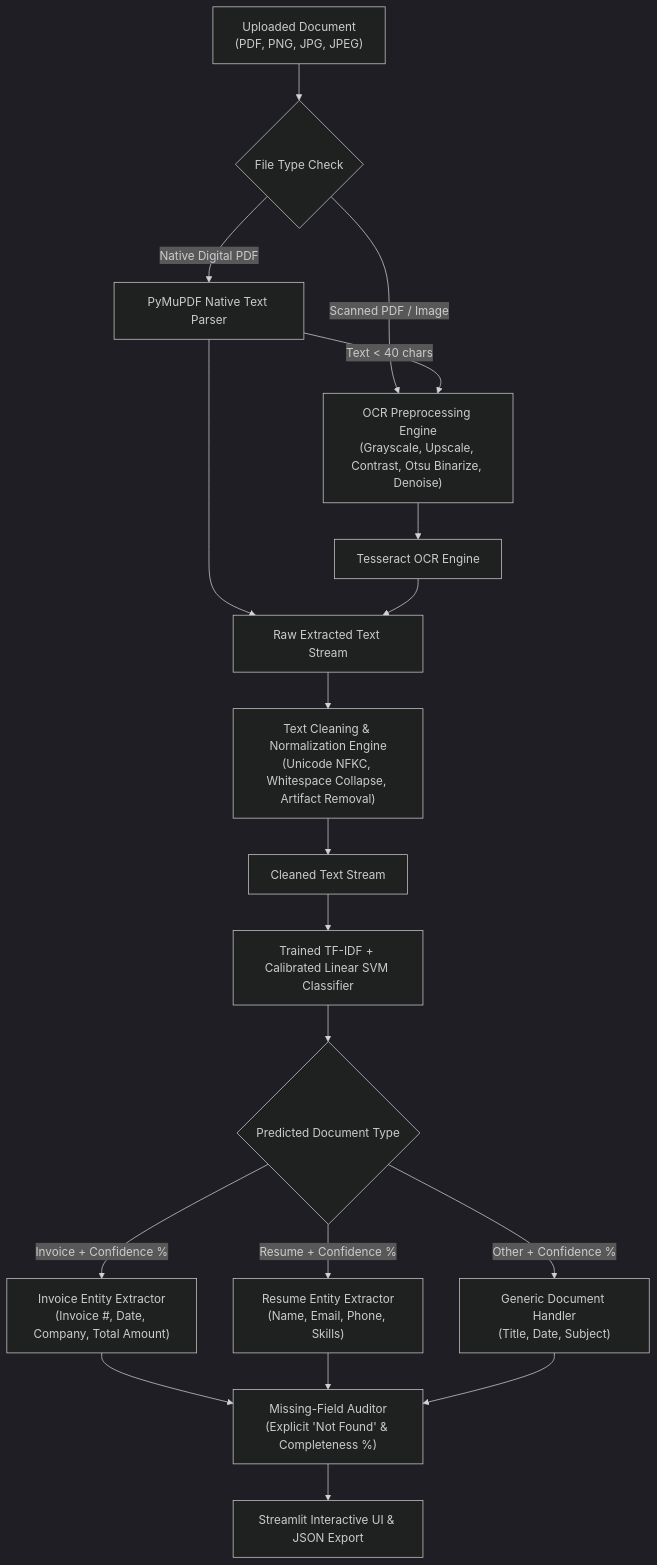
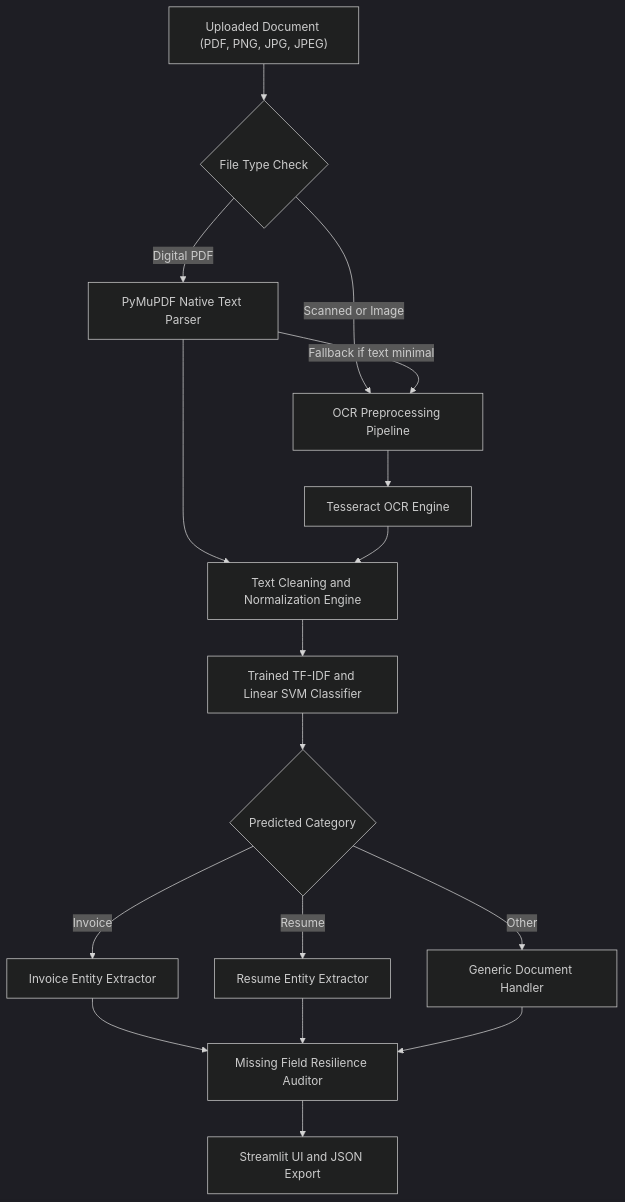
The diagram in week-3/README.md (sohaib61595/zyro-aiml-internship), drawn with Mermaid (dark theme) before and after one commit. The commit also changed 1 other file, not shown here.

Commit message:
fix(docs): resolve GitHub Mermaid diagram rendering error by removing problematic characters and overlapping edges

````diff
--- a/week-3/README.md
+++ b/week-3/README.md
@@ -25,21 +25,19 @@
 ```mermaid
 flowchart TD
-    A["Uploaded Document<br/>(PDF, PNG, JPG, JPEG)"] --> B{"File Type Check"}
-    B -->|Native Digital PDF| C["PyMuPDF Native Text Parser"]
-    B -->|Scanned PDF / Image| D["OCR Preprocessing Engine<br/>(Grayscale, Upscale, Contrast, Otsu Binarize, Denoise)"]
-    C -->|Text < 40 chars| D
+    A["Uploaded Document (PDF, PNG, JPG, JPEG)"] --> B{"File Type Check"}
+    B -->|Digital PDF| C["PyMuPDF Native Text Parser"]
+    B -->|Scanned or Image| D["OCR Preprocessing Pipeline"]
+    C -->|Fallback if text minimal| D
     D --> E["Tesseract OCR Engine"]
-    C --> F["Raw Extracted Text Stream"]
+    C --> F["Text Cleaning and Normalization Engine"]
     E --> F
-    F --> G["Text Cleaning & Normalization Engine<br/>(Unicode NFKC, Whitespace Collapse, Artifact Removal)"]
-    G --> H["Cleaned Text Stream"]
-    H --> I["Trained TF-IDF + Calibrated Linear SVM Classifier"]
-    I --> J{"Predicted Document Type"}
-    J -->|Invoice + Confidence %| K["Invoice Entity Extractor<br/>(Invoice #, Date, Company, Total Amount)"]
-    J -->|Resume + Confidence %| L["Resume Entity Extractor<br/>(Name, Email, Phone, Skills)"]
-    J -->|Other + Confidence %| M["Generic Document Handler<br/>(Title, Date, Subject)"]
-    K --> N["Missing-Field Auditor<br/>(Explicit 'Not Found' & Completeness %)"]
-    L --> N
-    M --> N
-    N --> O["Streamlit Interactive UI & JSON Export"]
+    F --> G["Trained TF-IDF and Linear SVM Classifier"]
+    G --> H{"Predicted Category"}
+    H -->|Invoice| I["Invoice Entity Extractor"]
+    H -->|Resume| J["Resume Entity Extractor"]
+    H -->|Other| K["Generic Document Handler"]
+    I --> L["Missing Field Resilience Auditor"]
+    J --> L
+    K --> L
+    L --> M["Streamlit UI and JSON Export"]
 ```
````
